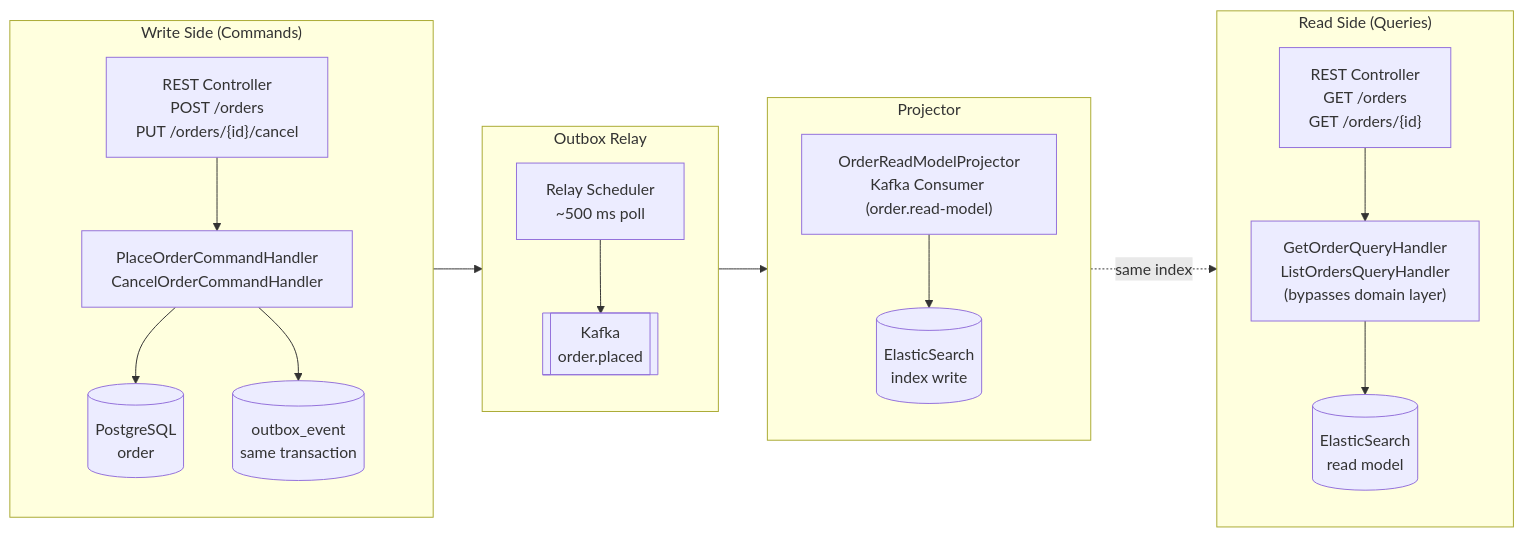
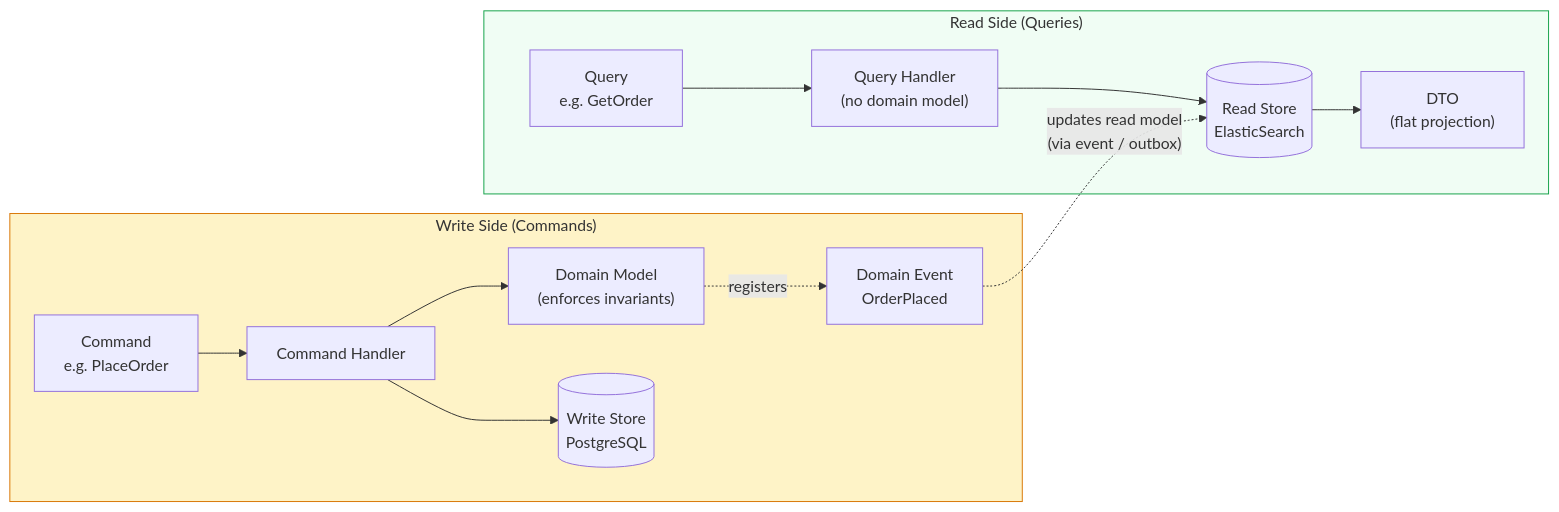
The fifth of 7 diagrams in README.md (ansonli-dev/explicit-architecture), drawn with Mermaid before and after one commit. The commit also changed other lines of this file and 22 other files, not shown here.

First line of the commit message:
docs: add bilingual documentation and rewrite README as architecture guide

````diff
--- a/README.md
+++ b/README.md
@@ -132,41 +160,28 @@
 ```mermaid
-flowchart LR
-    subgraph WS["Write Side (Commands)"]
-        direction TB
-        CMD["REST Controller\nPOST /orders\nPUT /orders/{id}/cancel"]
-        APPSVC["PlaceOrderCommandHandler\nCancelOrderCommandHandler"]
-        PG[("PostgreSQL\norder")]
-        OB[("outbox_event\nsame transaction")]
+graph LR
+    subgraph WRITE["Write Side (Commands)"]
+        CMD["Command\ne.g. PlaceOrder"]
+        CH["Command Handler"]
+        DOM["Domain Model\n(enforces invariants)"]
+        WDB[("Write Store\nPostgreSQL")]
+        EVT["Domain Event\nOrderPlaced"]
 
-        CMD --> APPSVC
-        APPSVC --> PG
-        APPSVC --> OB
+        CMD --> CH --> DOM
+        CH  --> WDB
+        DOM -.->|registers| EVT
     end
 
-    subgraph RELAY["Outbox Relay"]
-        direction TB
-        SCH["Relay Scheduler\n~500 ms poll"]
-        KF[["Kafka\norder.placed"]]
+    subgraph READ["Read Side (Queries)"]
+        QRY["Query\ne.g. GetOrder"]
+        QH["Query Handler\n(no domain model)"]
+        RDB[("Read Store\nElasticSearch")]
+        DTO["DTO\n(flat projection)"]
 
-        OB --> SCH --> KF
+        QRY --> QH --> RDB --> DTO
     end
 
-    subgraph PROJ["Projector"]
-        direction TB
-        PRJ["OrderReadModelProjector\nKafka Consumer (order.read-model)"]
-        ESW[("ElasticSearch\nindex write")]
+    EVT -.->|"updates read model\n(via event / outbox)"| RDB
 
-        KF --> PRJ --> ESW
-    end
-
-    subgraph RS["Read Side (Queries)"]
-        direction TB
-        QRY["REST Controller\nGET /orders\nGET /orders/{id}"]
-        QSVC["GetOrderQueryHandler\nListOrdersQueryHandler\n(bypasses domain layer)"]
-        ESR[("ElasticSearch\nread model")]
-
-        QRY --> QSVC --> ESR
-    end
-
-    ESW -. "same index" .-> ESR
+    style WRITE fill:#fef3c7,stroke:#d97706
+    style READ  fill:#f0fdf4,stroke:#16a34a
 ```
````
